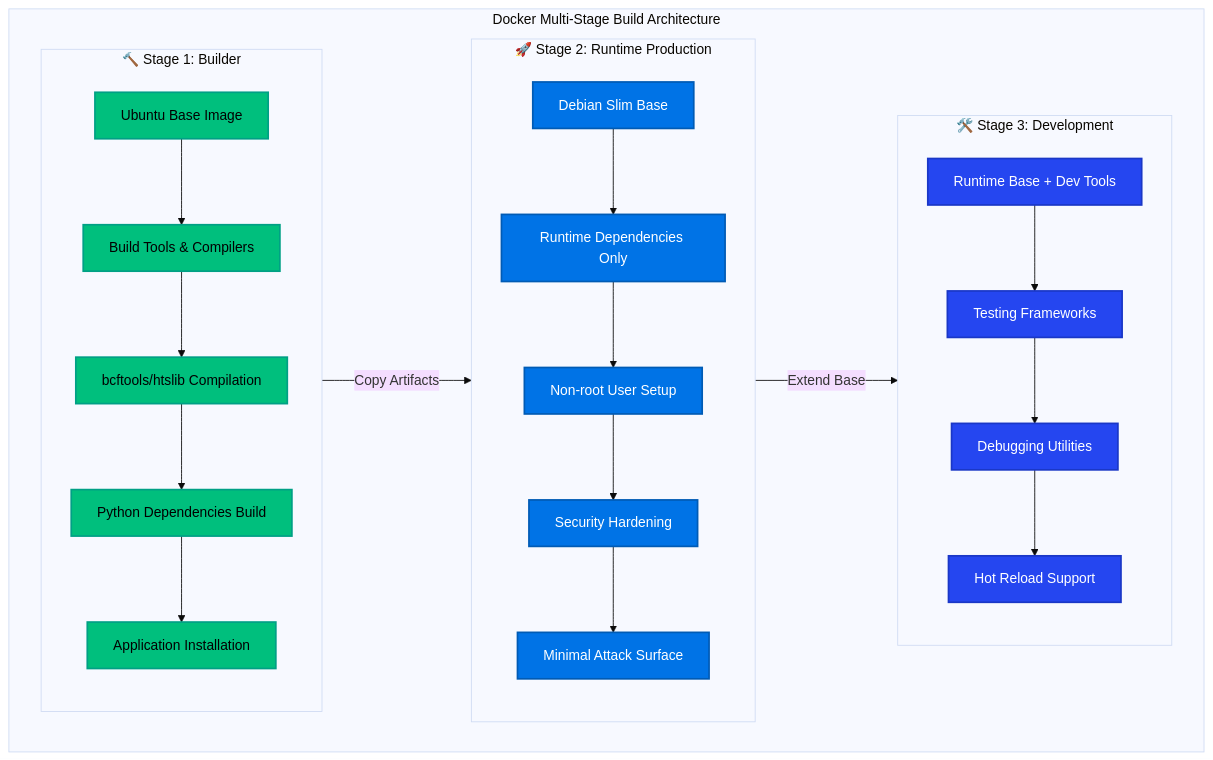
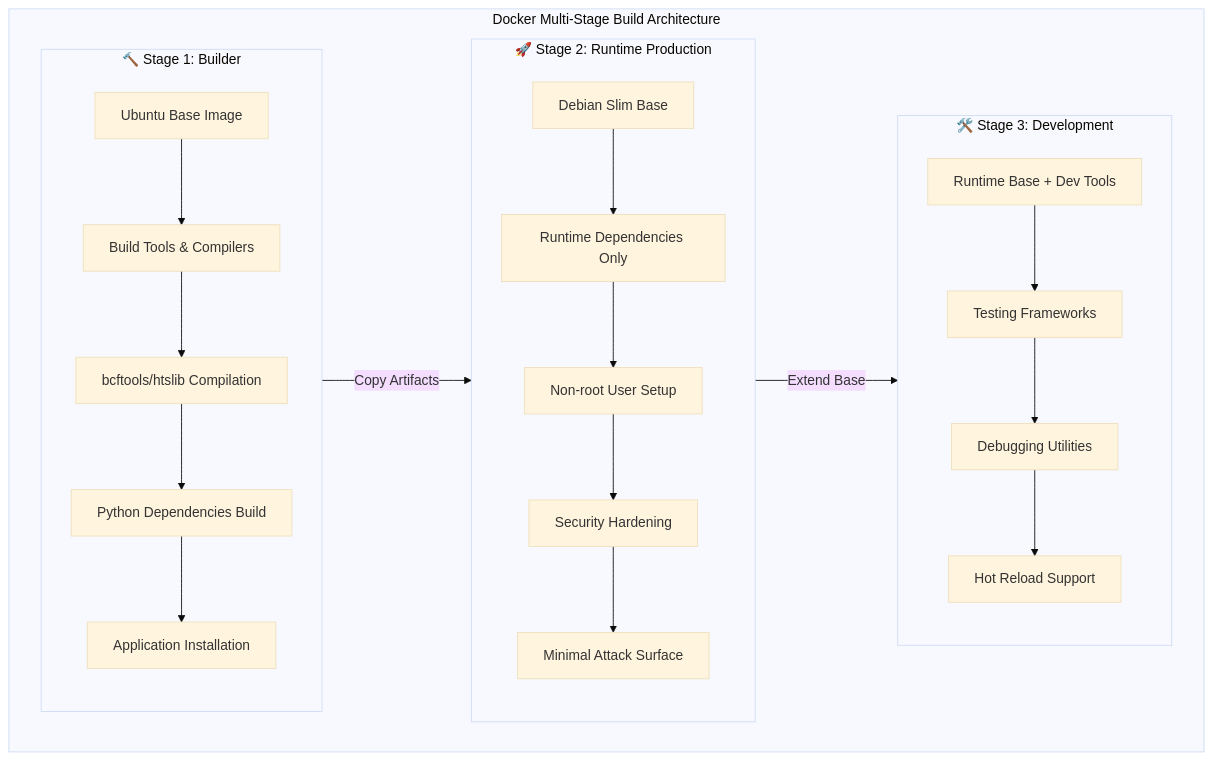
The first of 5 diagrams in docs/DOCKER.md (elementalcollision/vcf_analysis), drawn with Mermaid (base theme) before and after one commit. The commit also changed other lines of this file, not shown here.

Commit message:
fix: update Docker Mermaid diagrams for GitHub compatibility - remove unsupported CSS class syntax

````diff
--- a/docs/DOCKER.md
+++ b/docs/DOCKER.md
@@ -11,37 +11,33 @@
 ```mermaid
 flowchart TD
     subgraph "Docker Multi-Stage Build Architecture"
         subgraph Stage1 ["🔨 Stage 1: Builder"]
-            A1[Ubuntu Base Image]:::builder
-            A2[Build Tools & Compilers]:::builder
-            A3[bcftools/htslib Compilation]:::builder
-            A4[Python Dependencies Build]:::builder
-            A5[Application Installation]:::builder
+            A1[Ubuntu Base Image]
+            A2[Build Tools & Compilers]
+            A3[bcftools/htslib Compilation]
+            A4[Python Dependencies Build]
+            A5[Application Installation]
             A1 --> A2 --> A3 --> A4 --> A5
         end
         
         subgraph Stage2 ["🚀 Stage 2: Runtime Production"]
-            B1[Debian Slim Base]:::runtime
-            B2[Runtime Dependencies Only]:::runtime
-            B3[Non-root User Setup]:::runtime
-            B4[Security Hardening]:::runtime
-            B5[Minimal Attack Surface]:::runtime
+            B1[Debian Slim Base]
+            B2[Runtime Dependencies Only]
+            B3[Non-root User Setup]
+            B4[Security Hardening]
+            B5[Minimal Attack Surface]
             B1 --> B2 --> B3 --> B4 --> B5
         end
         
         subgraph Stage3 ["🛠️ Stage 3: Development"]
-            C1[Runtime Base + Dev Tools]:::development
-            C2[Testing Frameworks]:::development
-            C3[Debugging Utilities]:::development
-            C4[Hot Reload Support]:::development
+            C1[Runtime Base + Dev Tools]
+            C2[Testing Frameworks]
+            C3[Debugging Utilities]
+            C4[Hot Reload Support]
             C1 --> C2 --> C3 --> C4
         end
         
         Stage1 -->|Copy Artifacts| Stage2
         Stage2 -->|Extend Base| Stage3
     end
-    
-    classDef builder fill:#00bf7d,stroke:#00a085,stroke-width:2px,color:#000000
-    classDef runtime fill:#0073e6,stroke:#005bb5,stroke-width:2px,color:#ffffff
-    classDef development fill:#2546f0,stroke:#1a37c7,stroke-width:2px,color:#ffffff
 ```
````
